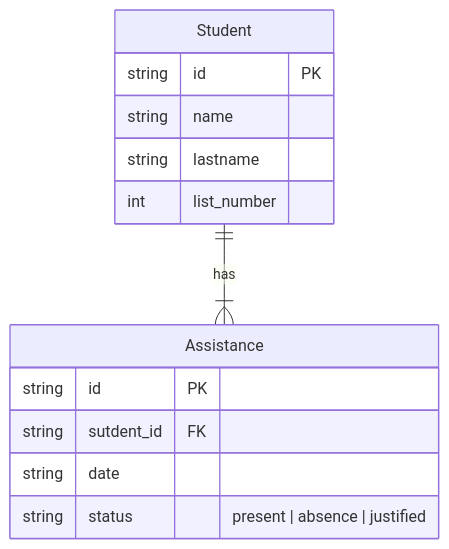
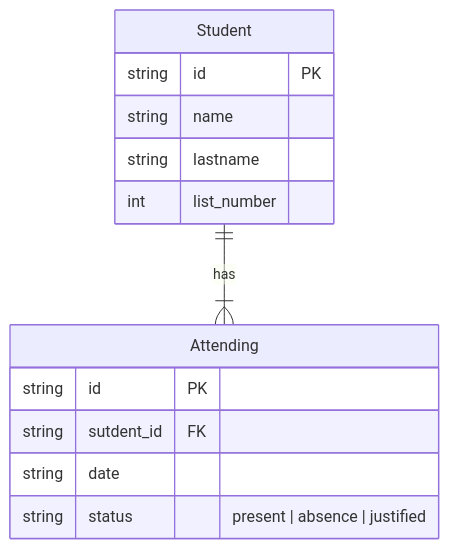
One commit to RicJDev/attendace-tracker changed the diagram in server/README.md. Above: the diagram before and after it, drawn with Mermaid.

Commit message:
fix: corrigiendo typo

````diff
--- a/server/README.md
+++ b/server/README.md
@@ -1,18 +1,18 @@
 ```mermaid
 erDiagram
     Student {
         string id PK
         string name
         string lastname
         int list_number
      }
 
-     Assistance {
+     Attending {
         string id PK
         string sutdent_id FK
         string date
         string status "present | absence | justified"
      }
 
-    Student ||--|{ Assistance: has
+    Student ||--|{ Attending: has
 ```
````
